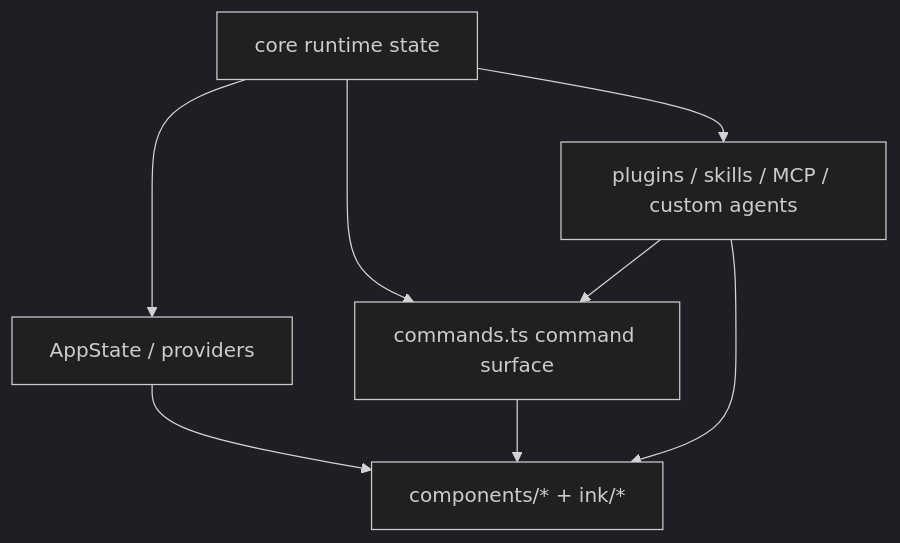
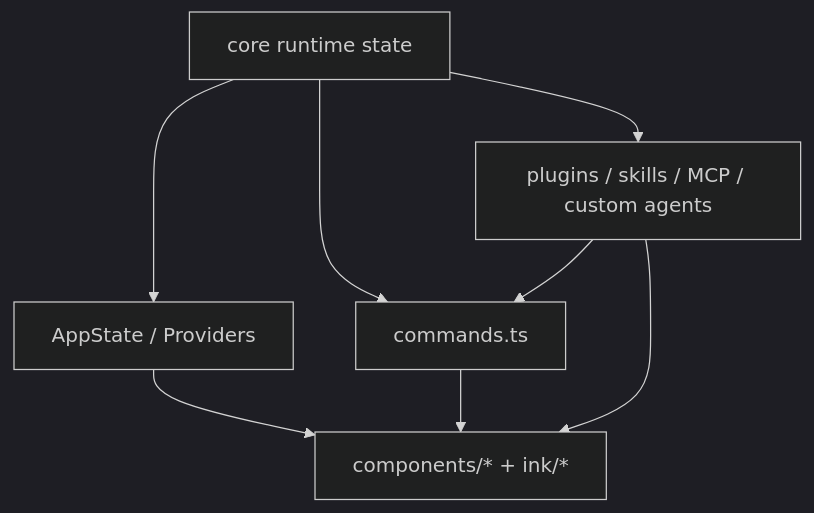
One commit to LeeHongji/Relearn-Claude-Code changed the first of 2 diagrams in docs/claude-code/commands-ui-extensions.md. Above: the diagram before and after it, drawn with Mermaid (dark theme). The commit also changed other lines of this file and 2 other files, not shown here.

````diff
--- a/docs/claude-code/commands-ui-extensions.md
+++ b/docs/claude-code/commands-ui-extensions.md
@@ -45,10 +46,10 @@
 ```mermaid
 flowchart TD
-  runtime[core runtime state] --> commands[commands.ts command surface]
-  runtime --> state[AppState / providers]
-  state --> ui[components/* + ink/*]
+  runtime[core runtime state] --> commands[commands.ts]
+  runtime --> appstate[AppState / Providers]
+  appstate --> ui[components/* + ink/*]
   commands --> ui
-  runtime --> extension[plugins / skills / MCP / custom agents]
-  extension --> commands
-  extension --> ui
+  runtime --> ext[plugins / skills / MCP / custom agents]
+  ext --> commands
+  ext --> ui
 ```
````
